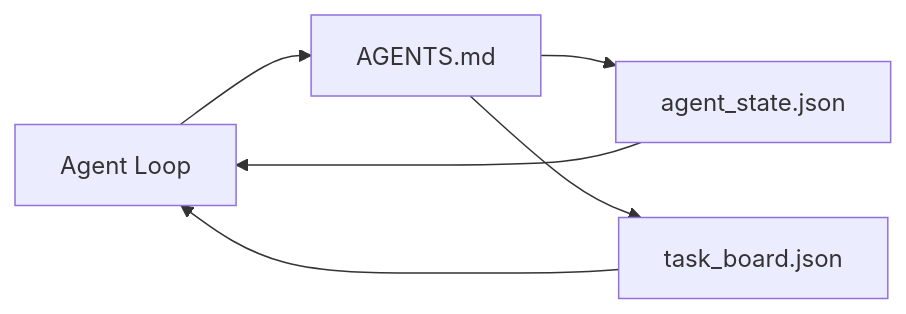
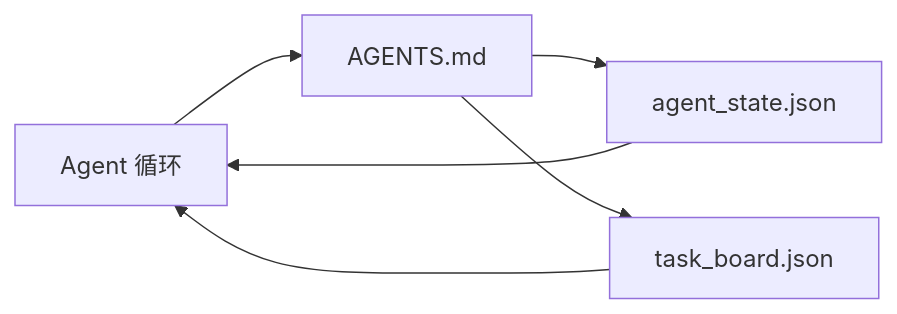
The diagram in phases/14-agent-engineering/32-minimal-agent-workbench/docs/zh.md (alessandrodinisio-ai/ai-engineering-learning-framework), drawn with Mermaid before and after one commit. The commit also changed 120 other files, not shown here.

First line of the commit message:
i18n(mermaid): 337 个 mermaid 图表标签中文化

````diff
--- a/phases/14-agent-engineering/32-minimal-agent-workbench/docs/zh.md
+++ b/phases/14-agent-engineering/32-minimal-agent-workbench/docs/zh.md
@@ -27,8 +27,8 @@
 ```mermaid
 flowchart LR
-  Agent[Agent Loop] --> Router[AGENTS.md]
+  Agent[Agent 循环] --> Router[AGENTS.md]
   Router --> State[agent_state.json]
   Router --> Board[task_board.json]
   State --> Agent
   Board --> Agent
 ```
````
